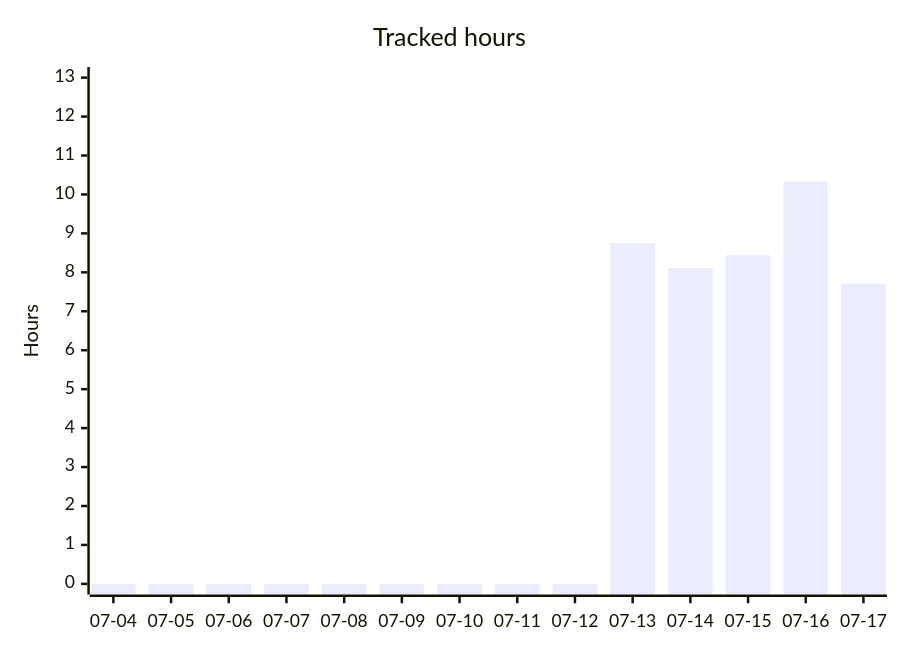
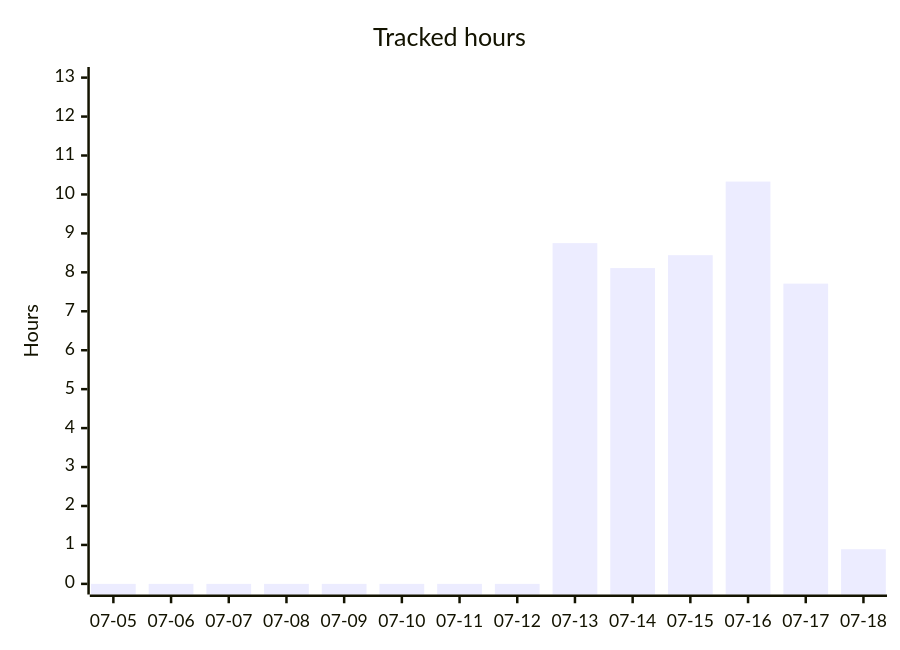
The second of 5 diagrams in README.org (albinforsberg-netizen/timeclock), drawn with Mermaid before and after one commit. The commit also changed other lines of this file, not shown here.

```diff
--- a/README.org
+++ b/README.org
@@ -91,7 +92,7 @@
 #+begin_src mermaid
 xychart-beta
     title "Tracked hours"
-    x-axis ["07-04", "07-05", "07-06", "07-07", "07-08", "07-09", "07-10", "07-11", "07-12", "07-13", "07-14", "07-15", "07-16", "07-17"]
+    x-axis ["07-05", "07-06", "07-07", "07-08", "07-09", "07-10", "07-11", "07-12", "07-13", "07-14", "07-15", "07-16", "07-17", "07-18"]
     y-axis "Hours" 0 --> 13
-    bar [0.00, 0.00, 0.00, 0.00, 0.00, 0.00, 0.00, 0.00, 0.00, 8.75, 8.11, 8.44, 10.33, 7.71]
+    bar [0.00, 0.00, 0.00, 0.00, 0.00, 0.00, 0.00, 0.00, 8.75, 8.11, 8.44, 10.33, 7.71, 0.89]
 #+end_src
```
